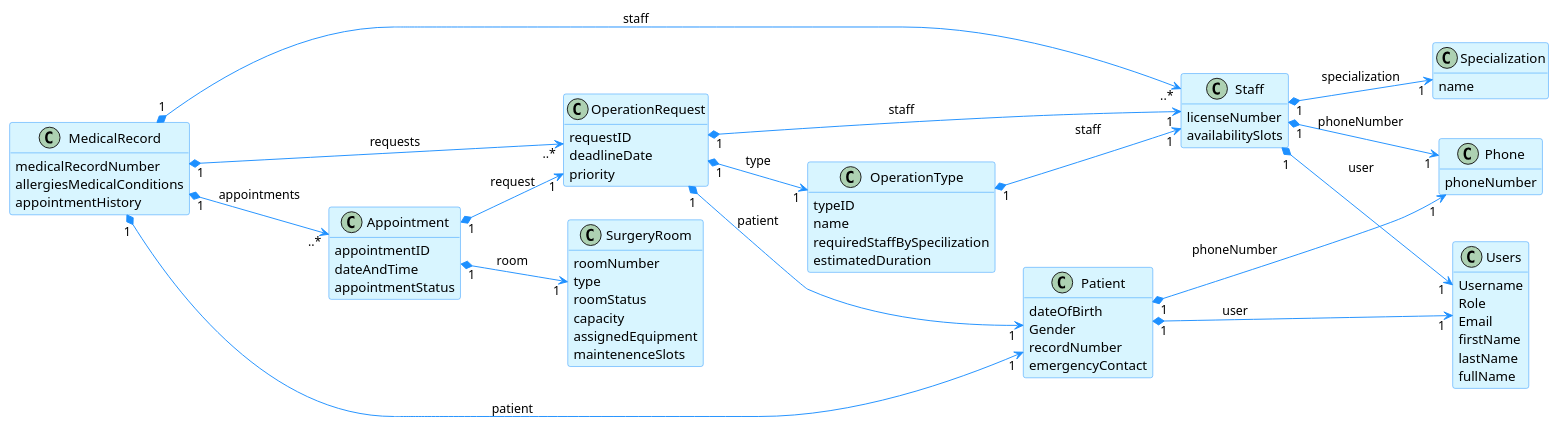
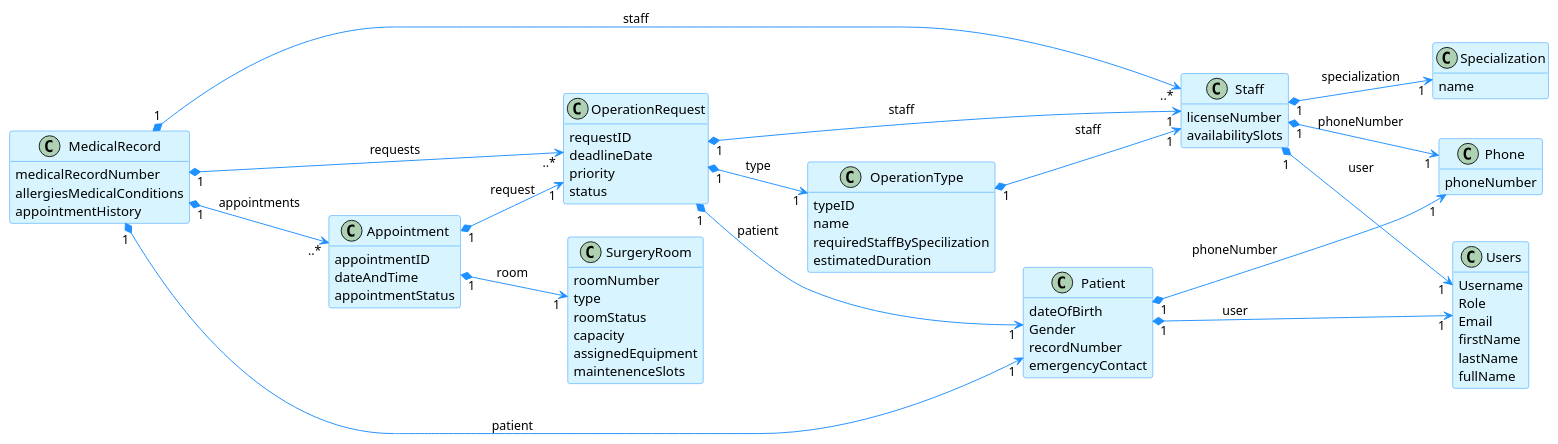
One commit to Ana6363/BackOffice changed the diagram in docs/DomainModel.puml. Above: the diagram before and after it, drawn with PlantUML.

Commit message:
add status to OperationRequest

```diff
--- a/docs/DomainModel.puml
+++ b/docs/DomainModel.puml
@@ -1,108 +1,109 @@
 @startuml backOfficeModule
 hide methods
 left to right direction
 
 skinparam classAttributeIconSize 0
 
 skinparam class {
     LifeLineBorderColor DodgerBlue
     LifeLineBackgroundColor APPLICATION
     BackgroundColor #D8F5FF
     ArrowColor DodgerBlue
     BorderColor DodgerBlue
 }
 
 skinparam packageStyle rectangle
 
 skinparam card {
     LifeLineBorderColor DodgerBlue
     LifeLineBackgroundColor APPLICATION
     BackgroundColor #D8F5FF
     ArrowColor DodgerBlue
     BorderColor DodgerBlue
 }
 
 class Users{
     Username
     Role
     Email
     firstName
     lastName
     fullName
 }
 
 class Patient{
     dateOfBirth
     Gender
     recordNumber
     emergencyContact
 }
 
 class Staff{
     licenseNumber
     availabilitySlots
 }
 
 class OperationRequest{
     requestID
     deadlineDate
     priority
+    status
 }
 
 class OperationType{
     typeID
     name
     requiredStaffBySpecilization
     estimatedDuration
 }
 
 class Phone{
     phoneNumber
 }
 
 class Appointment{
     appointmentID
     dateAndTime
     appointmentStatus
 }
 
 class SurgeryRoom{
     roomNumber
     type
     roomStatus
     capacity
     assignedEquipment
     maintenenceSlots
 }
 
 class Specialization{
     name
 }
 
 class MedicalRecord{
     medicalRecordNumber
     allergiesMedicalConditions
     appointmentHistory
 }
 
 Patient "1" *--> "1" Phone: phoneNumber
 Staff "1" *--> "1" Phone: phoneNumber
 Patient "1" *--> "1" Users: user
 Staff "1" *--> "1" Users: user
 Staff "1" *--> "1" Specialization: specialization
 
 OperationRequest "1" *--> "1" OperationType: type
 OperationRequest "1" *--> "1" Staff: staff
 OperationRequest "1" *--> "1" Patient: patient
 
 OperationType "1" *--> "1" Staff: staff
 
 Appointment "1" *--> "1" SurgeryRoom: room
 Appointment "1" *--> "1" OperationRequest: request
 
 MedicalRecord "1" *--> "1" Patient: patient
 MedicalRecord "1" *--> "..*" Staff: staff
 MedicalRecord "1" *--> "..*" OperationRequest: requests
 MedicalRecord "1" *--> "..*" Appointment: appointments
 
 @enduml
```
